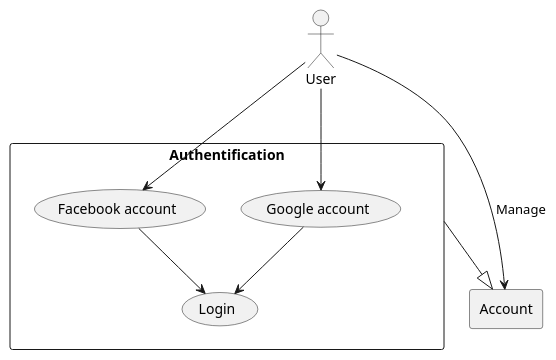
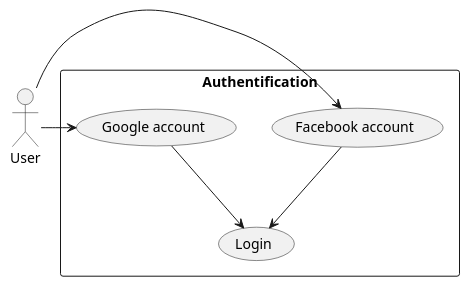
Before and after one commit to lecler-i/mani-home-specs: the diagram in diagrams/user_connect.pu, drawn with PlantUML. The commit also changed 2 other files, not shown here.

Commit message:
update user use case

```diff
--- a/diagrams/user_connect.pu
+++ b/diagrams/user_connect.pu
@@ -1,21 +1,14 @@
 @startuml
-
 rectangle Authentification {
     (Facebook account) as fb
     (Google account) as ga
     (Login) as lg
 }
 
-rectangle Account {
-}
-
-User --> fb
-User --> ga
+User -right-> fb
+User -right-> ga
 
 fb --> lg
 ga --> lg
 
-Authentification -down-|> Account
-User --> Account : Manage
-
 @enduml
```
